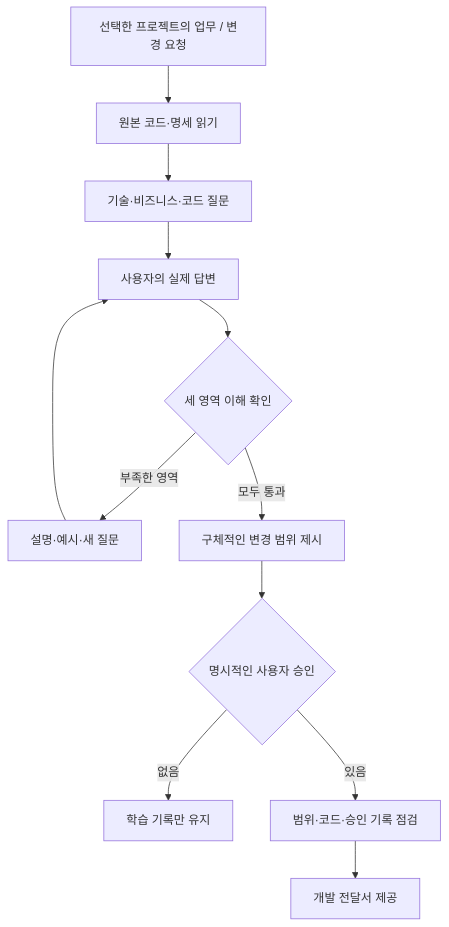
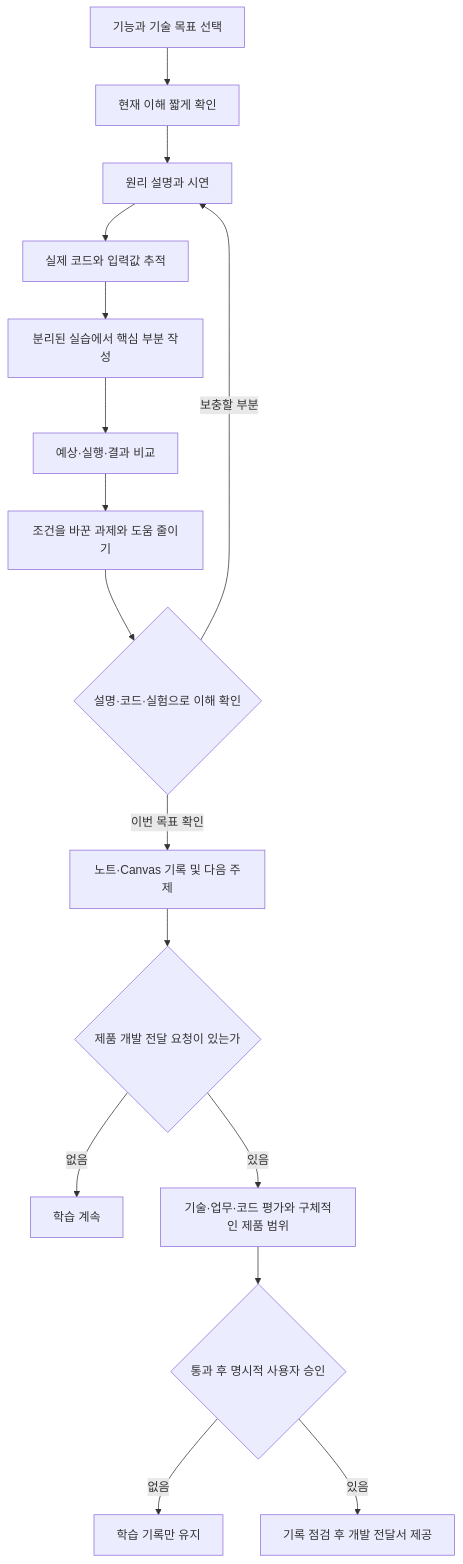
One commit to doggopawer/agent-learning changed the diagram in notes/learning-workflow.md. Above: the diagram before and after it, drawn with Mermaid. The commit also changed other lines of this file and 8 other files, not shown here.

Commit message:
Teach through principles, code tracing and isolated hands-on practice

````diff
--- a/notes/learning-workflow.md
+++ b/notes/learning-workflow.md
@@ -15,14 +15,18 @@
 ```mermaid
 flowchart TD
-    topic["선택한 프로젝트의 업무 / 변경 요청"] --> inspect["원본 코드·명세 읽기"]
-    inspect --> ask["기술·비즈니스·코드 질문"]
-    ask --> answer["사용자의 실제 답변"]
-    answer --> assess{"세 영역 이해 확인"}
-    assess -->|"부족한 영역"| teach["설명·예시·새 질문"]
-    teach --> answer
-    assess -->|"모두 통과"| scope["구체적인 변경 범위 제시"]
-    scope --> approval{"명시적인 사용자 승인"}
+    topic["기능과 기술 목표 선택"] --> diagnose["현재 이해 짧게 확인"]
+    diagnose --> teach["원리 설명과 시연"]
+    teach --> trace["실제 코드와 입력값 추적"]
+    trace --> practice["분리된 실습에서 핵심 부분 작성"]
+    practice --> observe["예상·실행·결과 비교"]
+    observe --> vary["조건을 바꾼 과제와 도움 줄이기"]
+    vary --> assess{"설명·코드·실험으로 이해 확인"}
+    assess -->|"보충할 부분"| teach
+    assess -->|"이번 목표 확인"| record["노트·Canvas 기록 및 다음 주제"]
+    record --> purpose{"제품 개발 전달 요청이 있는가"}
+    purpose -->|"없음"| learning["학습 계속"]
+    purpose -->|"있음"| gate["기술·업무·코드 평가와 구체적인 제품 범위"]
+    gate --> approval{"통과 후 명시적 사용자 승인"}
     approval -->|"없음"| hold["학습 기록만 유지"]
-    approval -->|"있음"| check["범위·코드·승인 기록 점검"]
-    check --> handoff["개발 전달서 제공"]
+    approval -->|"있음"| handoff["기록 점검 후 개발 전달서 제공"]
 ```
````
